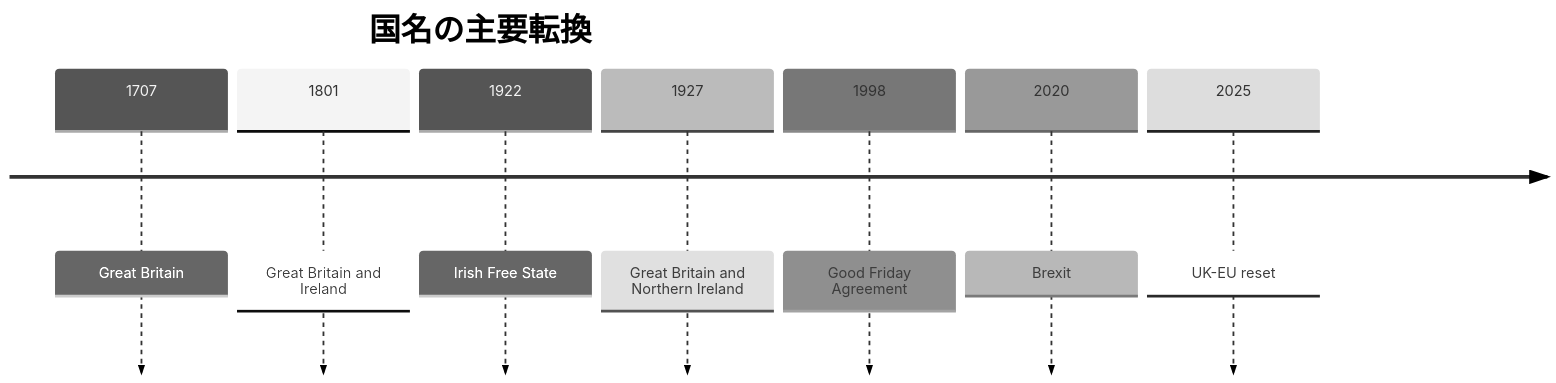
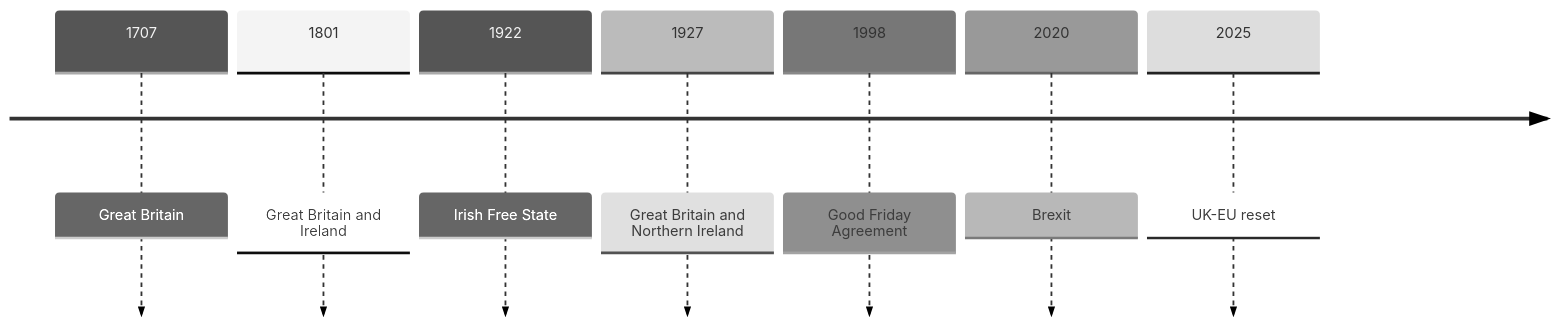
One commit to daylight55/research changed the first of 2 diagrams in articles/report/uk-union-name-neighbours-current/ja/index.mdx. Above: the diagram before and after it, drawn with Mermaid (neutral theme). The commit also changed other lines of this file and 181 other files, not shown here.

First line of the commit message:
全記事の図解368点を再生成し、共通注意書きを削除 (#402)

````diff
--- a/articles/report/uk-union-name-neighbours-current/ja/index.mdx
+++ b/articles/report/uk-union-name-neighbours-current/ja/index.mdx
@@ -26,11 +26,14 @@
 ```mermaid
 timeline
-  title 国名の主要転換
+  accTitle: 連合王国の国名・領域・対欧関係の変化
+  accDescr: 合同とアイルランドの分離、北アイルランド和平、EU離脱・再接近を年代で読む。
+  accTitle: 連合王国の国名・領域・対欧関係の変化
+  accDescr: 合同とアイルランドの分離、北アイルランド和平、EU離脱・再接近を年代で読む。
   1707 : Great Britain
   1801 : Great Britain and Ireland
   1922 : Irish Free State
   1927 : Great Britain and Northern Ireland
   1998 : Good Friday Agreement
   2020 : Brexit
   2025 : UK-EU reset
 ```
````
